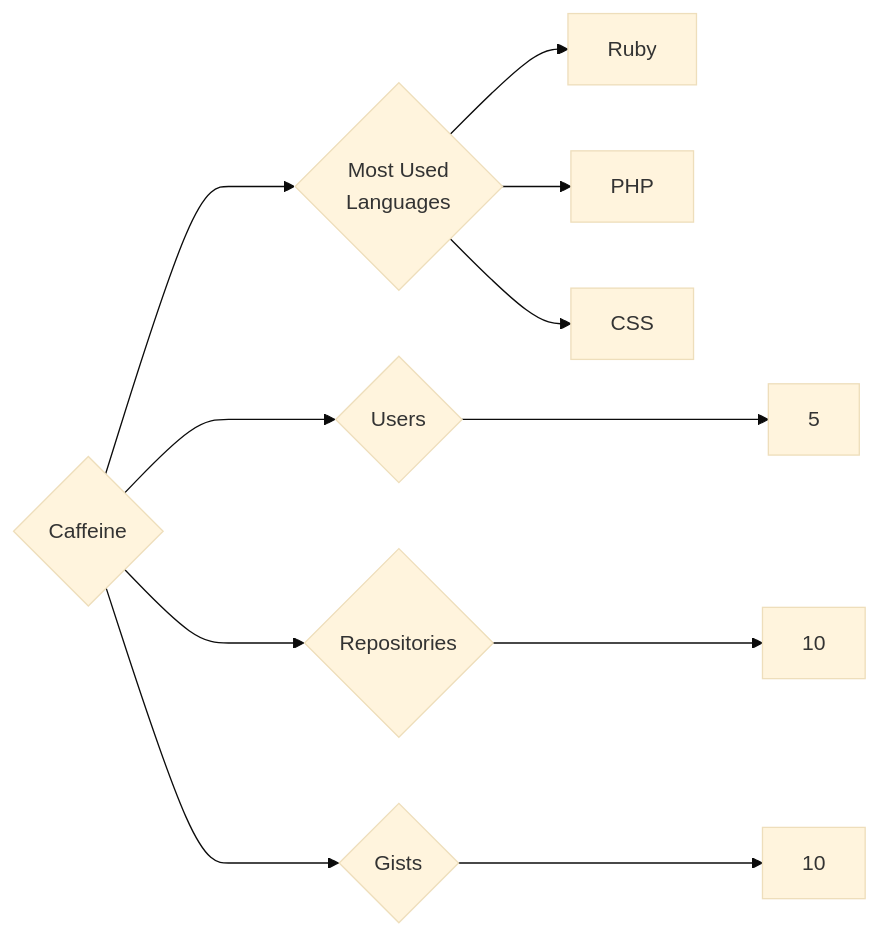
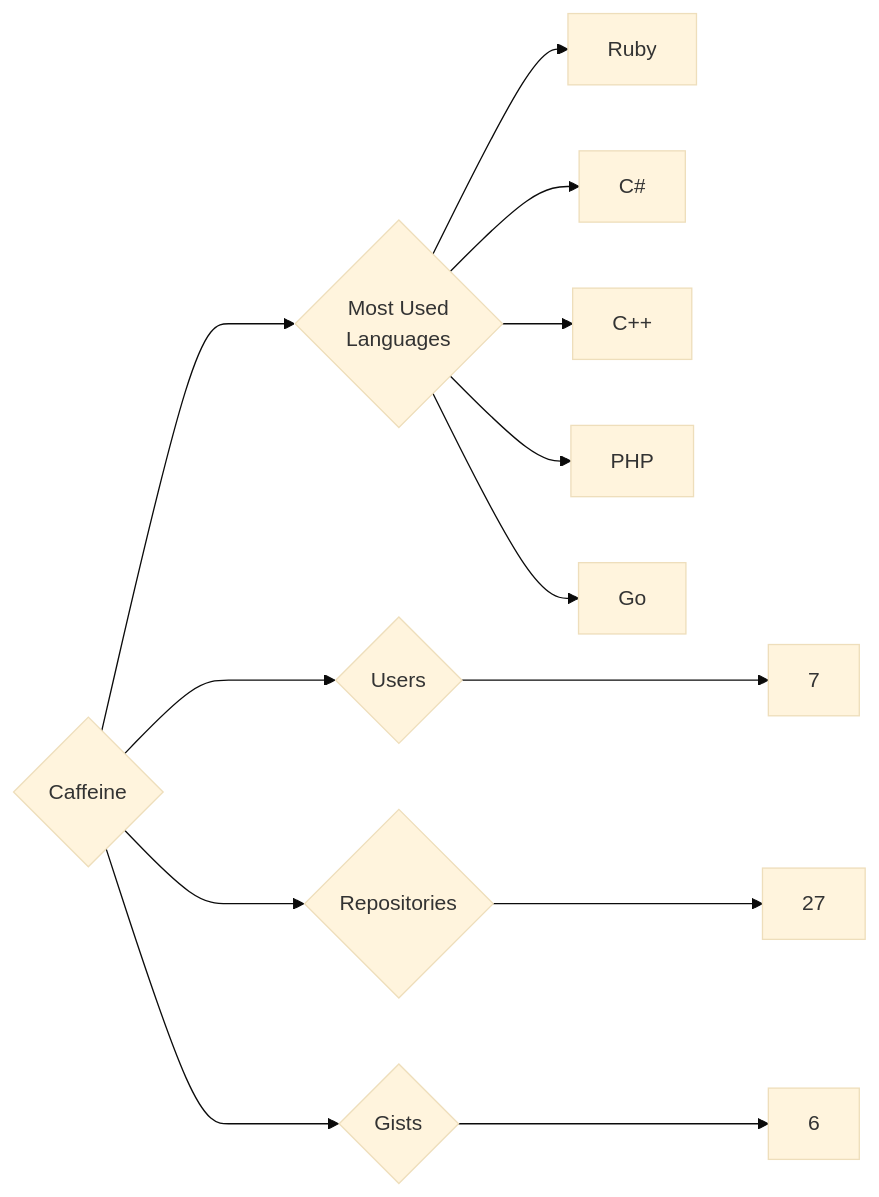
One commit to trickest/insiders changed the diagram in targets/Caffeine/README.md. Above: the diagram before and after it, drawn with Mermaid (base theme). The commit also changed 783 other files, not shown here.

````diff
--- a/targets/Caffeine/README.md
+++ b/targets/Caffeine/README.md
@@ -3,11 +3,13 @@
 ```mermaid
 graph LR
 COMPANY_NAME{Caffeine}
-COMPANY_NAME ---> U{Users} ---> UN[5]
-COMPANY_NAME ---> R{Repositories} ---> RN[10]
-COMPANY_NAME ---> G{Gists} ---> GN[10]
+COMPANY_NAME ---> U{Users} ---> UN[7]
+COMPANY_NAME ---> R{Repositories} ---> RN[27]
+COMPANY_NAME ---> G{Gists} ---> GN[6]
 COMPANY_NAME ---> ML{Most Used<br>Languages}
 ML --> Ruby[Ruby]
+ML --> C#[C#]
+ML --> C++[C++]
 ML --> PHP[PHP]
-ML --> CSS[CSS]
+ML --> Go[Go]
 ```
````
